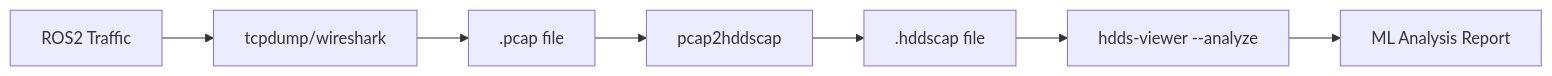
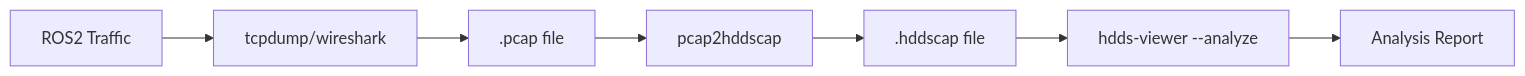
Before and after one commit to hdds-team/hdds: the diagram in docs/ros2/debugging.md, drawn with Mermaid. The commit also changed other lines of this file and 1712 other files, not shown here.

````diff
--- a/docs/ros2/debugging.md
+++ b/docs/ros2/debugging.md
@@ -7,9 +9,9 @@
 ```mermaid
 flowchart LR
     A[ROS2 Traffic] --> B[tcpdump/wireshark]
     B --> C[.pcap file]
     C --> D[pcap2hddscap]
     D --> E[.hddscap file]
     E --> F[hdds-viewer --analyze]
-    F --> G[ML Analysis Report]
+    F --> G[Analysis Report]
 ```
````
